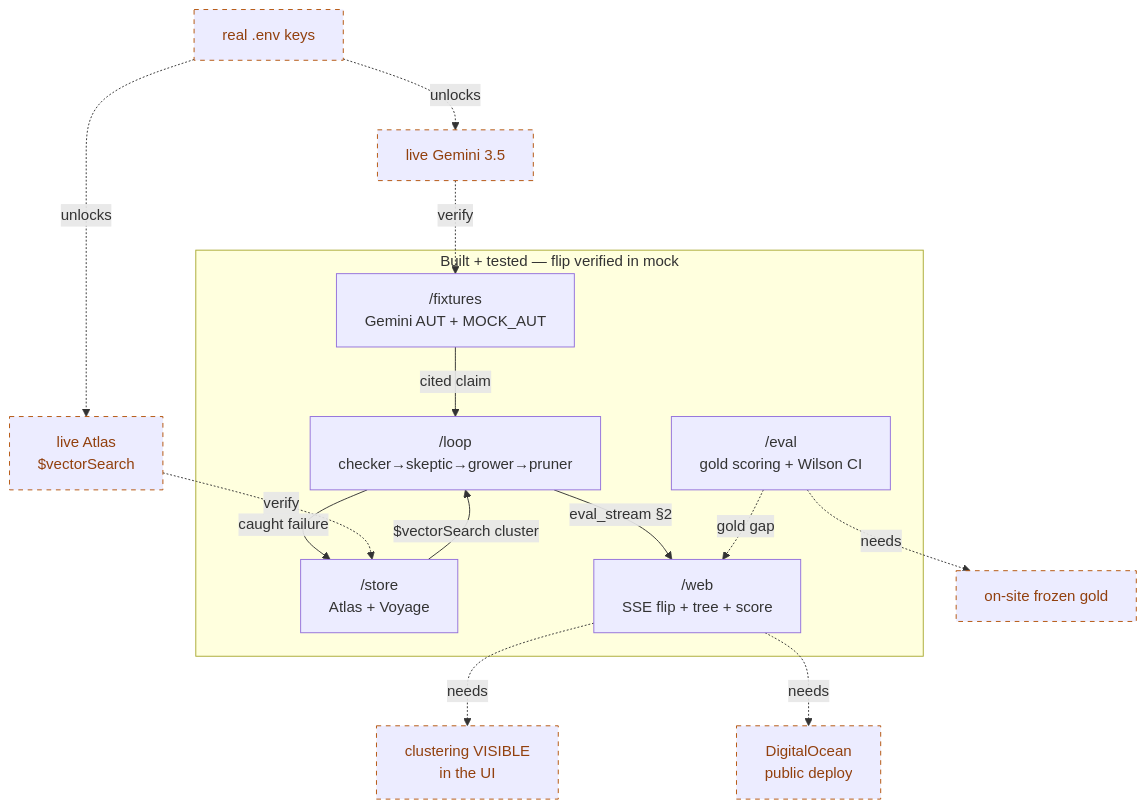
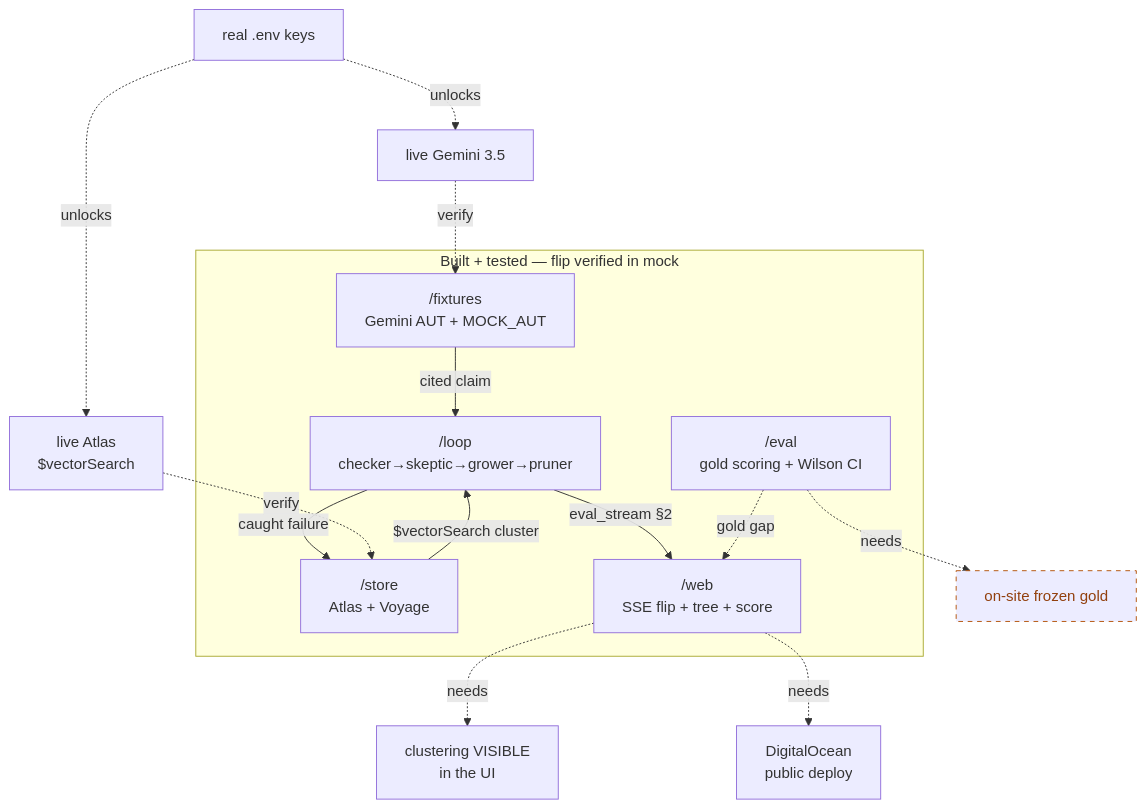
The first of 2 diagrams in README.md (enturesting/bonsai), drawn with Mermaid before and after one commit. The commit also changed other lines of this file and 1 other file, not shown here.

````diff
--- a/README.md
+++ b/README.md
@@ -53,33 +55,33 @@
 ```mermaid
 flowchart TB
     subgraph built["Built + tested — flip verified in mock"]
         FX["/fixtures<br/>Gemini AUT + MOCK_AUT"]
         LP["/loop<br/>checker→skeptic→grower→pruner"]
         ST["/store<br/>Atlas + Voyage"]
         EV["/eval<br/>gold scoring + Wilson CI"]
         WB["/web<br/>SSE flip + tree + score"]
     end
     FX -->|cited claim| LP
     LP -->|caught failure| ST
     ST -->|"$vectorSearch cluster"| LP
     LP -->|"eval_stream §2"| WB
     EV -. gold gap .-> WB
 
     K["real .env keys"]
     AT["live Atlas<br/>$vectorSearch"]
     GM["live Gemini 3.5"]
     CL["clustering VISIBLE<br/>in the UI"]
     DP["DigitalOcean<br/>public deploy"]
     GD["on-site frozen gold"]
 
     K -. unlocks .-> AT
     K -. unlocks .-> GM
     AT -. verify .-> ST
     GM -. verify .-> FX
     WB -. needs .-> CL
     WB -. needs .-> DP
     EV -. needs .-> GD
 
     classDef pending stroke-dasharray:5 5,stroke:#b45309,color:#92400e;
-    class K,AT,GM,CL,DP,GD pending;
+    class GD pending;
 ```
````
